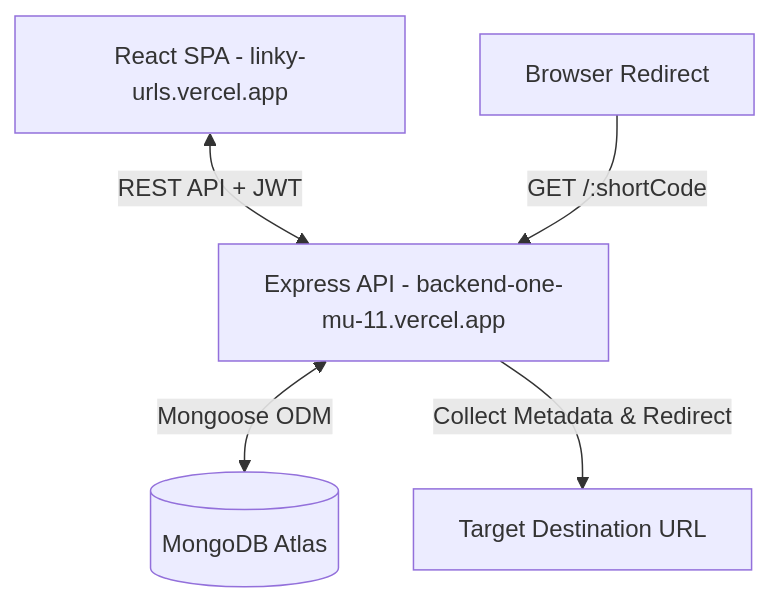
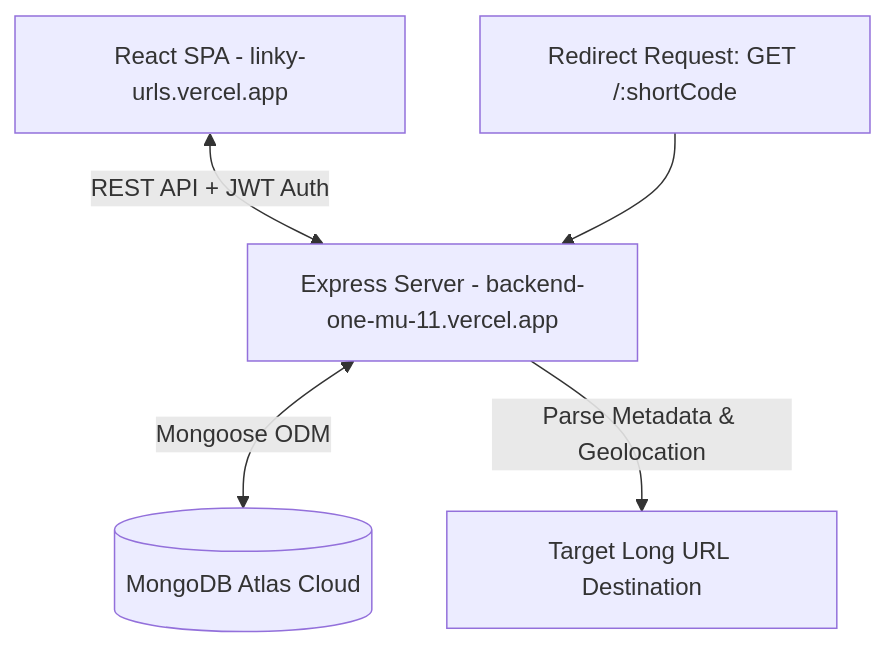
Before and after one commit to N4veen4/Linky: the diagram in README.md, drawn with Mermaid. The commit also changed other lines of this file, not shown here.

````diff
--- a/README.md
+++ b/README.md
@@ -69,7 +22,7 @@
 ```mermaid
 graph TD
-    Client[React SPA - linky-urls.vercel.app] <-->|REST API + JWT| Backend[Express API - backend-one-mu-11.vercel.app]
-    Backend <-->|Mongoose ODM| DB[(MongoDB Atlas)]
-    ClientRedirect[Browser Redirect] -->|GET /:shortCode| Backend
-    Backend -->|Collect Metadata & Redirect| LongURL[Target Destination URL]
+    Client[React SPA - linky-urls.vercel.app] <-->|REST API + JWT Auth| Server[Express Server - backend-one-mu-11.vercel.app]
+    Server <-->|Mongoose ODM| Atlas[(MongoDB Atlas Cloud)]
+    Redirector[Redirect Request: GET /:shortCode] --> Server
+    Server -->|Parse Metadata & Geolocation| Destination[Target Long URL Destination]
 ```
````
